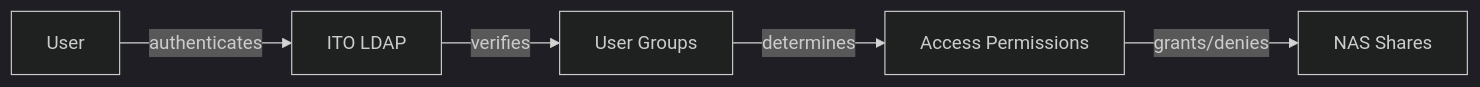
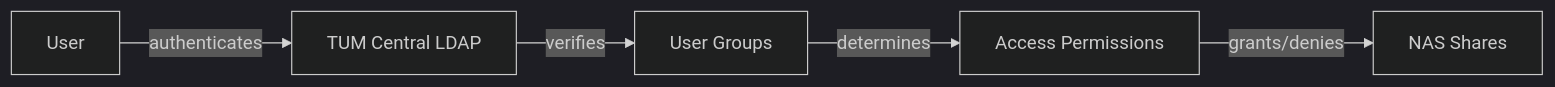
The second of 5 diagrams in en/chapters/06-storage-backup.qmd (jtimo/tum-ito-admin-guide), drawn with Mermaid (dark theme) before and after one commit. The commit also changed other lines of this file and 21 other files, not shown here.

````diff
--- a/en/chapters/06-storage-backup.qmd
+++ b/en/chapters/06-storage-backup.qmd
@@ -77,9 +82,9 @@
 ```{mermaid}
 %%| fig-cap: "NAS Access Control Flow"
 flowchart LR
     User["User"]
-    User --> |authenticates| LDAP["ITO LDAP"]
+    User --> |authenticates| LDAP["TUM Central LDAP"]
     LDAP --> |verifies| Groups["User Groups"]
     Groups --> |determines| Access["Access Permissions"]
     Access --> |grants/denies| NAS["NAS Shares"]
 ```
````
